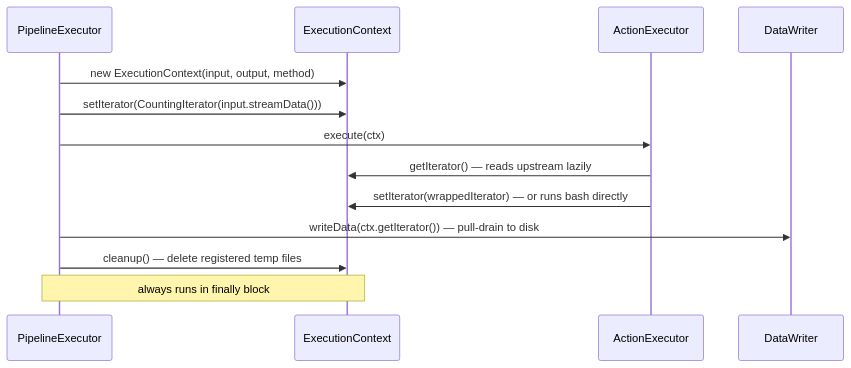
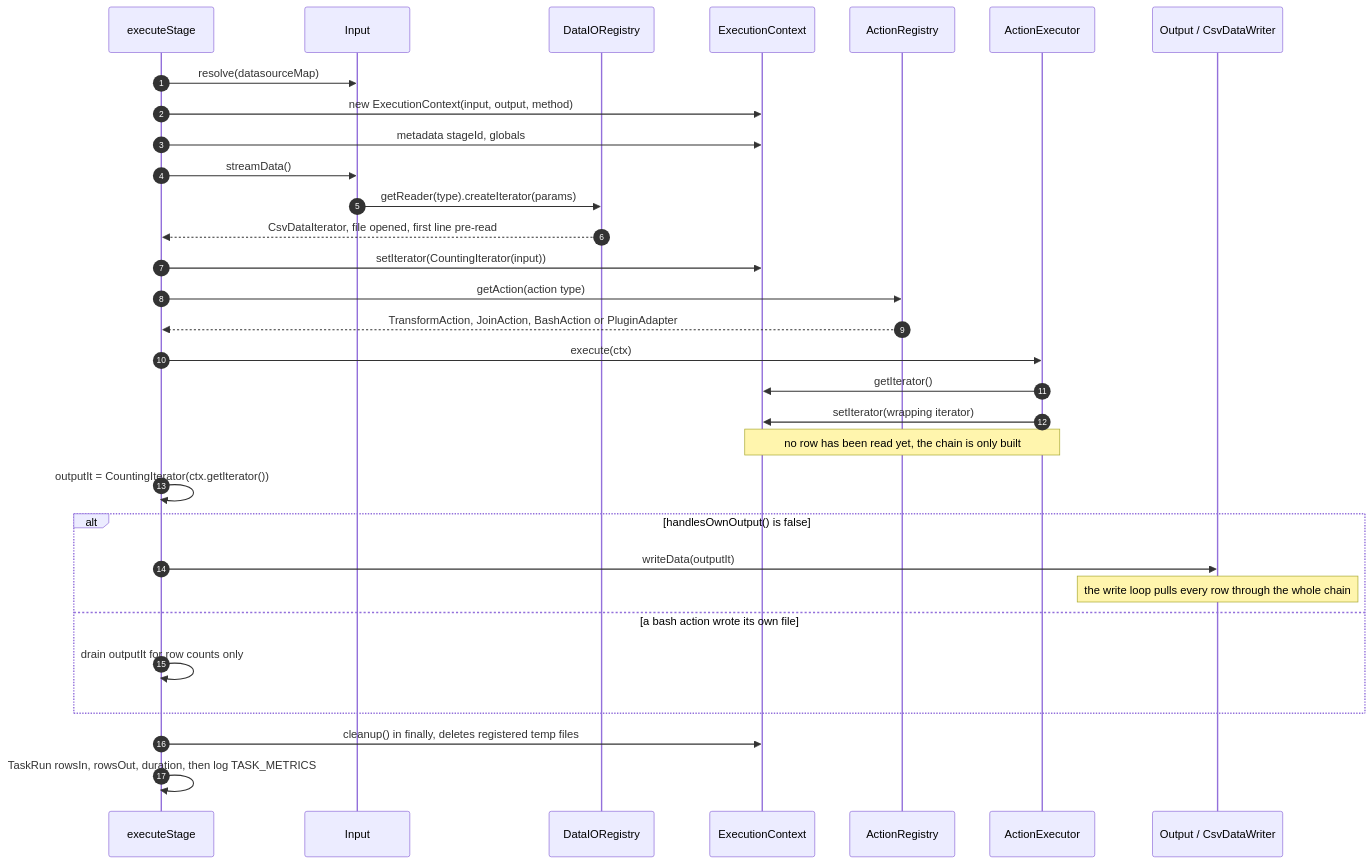
The tenth of 28 diagrams in README.md (Rohitangshu2026/data-pipeline-framework), drawn with Mermaid before and after one commit. The commit also changed other lines of this file, not shown here.

First line of the commit message:
docs(readme): rewrite README with architecture, UML and verified examples

````diff
--- a/README.md
+++ b/README.md
@@ -101,16 +602,34 @@
 ```mermaid
 sequenceDiagram
-    participant PE as PipelineExecutor
-    participant CTX as ExecutionContext
-    participant AE as ActionExecutor
-    participant IO as DataWriter
+    autonumber
+    participant X as executeStage
+    participant IN as Input
+    participant IO as DataIORegistry
+    participant C as ExecutionContext
+    participant AR as ActionRegistry
+    participant A as ActionExecutor
+    participant OUT as Output / CsvDataWriter
 
-    PE->>CTX: new ExecutionContext(input, output, method)
-    PE->>CTX: setIterator(CountingIterator(input.streamData()))
-    PE->>AE: execute(ctx)
-    AE->>CTX: getIterator() — reads upstream lazily
-    AE->>CTX: setIterator(wrappedIterator) — or runs bash directly
-    PE->>IO: writeData(ctx.getIterator()) — pull-drain to disk
-    PE->>CTX: cleanup() — delete registered temp files
-    Note over PE,CTX: always runs in finally block
+    X->>IN: resolve(datasourceMap)
+    X->>C: new ExecutionContext(input, output, method)
+    X->>C: metadata stageId, globals
+    X->>IN: streamData()
+    IN->>IO: getReader(type).createIterator(params)
+    IO-->>X: CsvDataIterator, file opened, first line pre-read
+    X->>C: setIterator(CountingIterator(input))
+    X->>AR: getAction(action type)
+    AR-->>X: TransformAction, JoinAction, BashAction or PluginAdapter
+    X->>A: execute(ctx)
+    A->>C: getIterator()
+    A->>C: setIterator(wrapping iterator)
+    Note over A,C: no row has been read yet, the chain is only built
+    X->>X: outputIt = CountingIterator(ctx.getIterator())
+    alt handlesOwnOutput() is false
+        X->>OUT: writeData(outputIt)
+        Note over OUT: the write loop pulls every row through the whole chain
+    else a bash action wrote its own file
+        X->>X: drain outputIt for row counts only
+    end
+    X->>C: cleanup() in finally, deletes registered temp files
+    X->>X: TaskRun rowsIn, rowsOut, duration, then log TASK_METRICS
 ```
````
